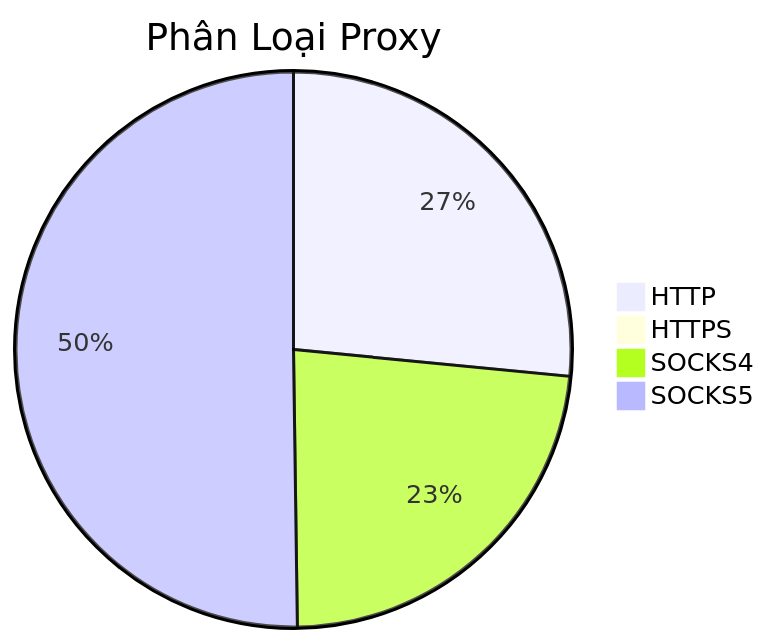
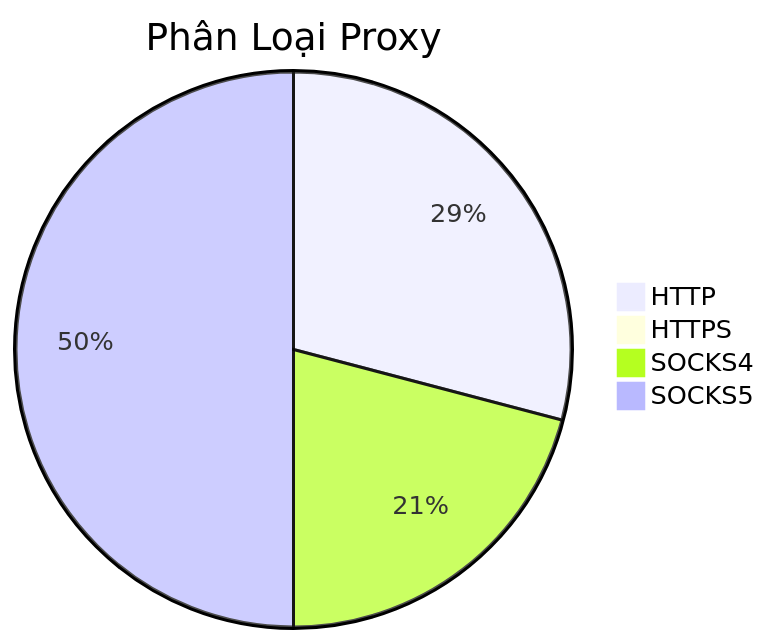
The diagram in README.md (Ciara-12/PROXY-free), drawn with Mermaid before and after one commit. The commit also changed other lines of this file and 4 other files, not shown here.

````diff
--- a/README.md
+++ b/README.md
@@ -26,7 +26,7 @@
 ```mermaid
 pie title Phân Loại Proxy
-    "HTTP" : 417
-    "HTTPS" : 1
-    "SOCKS4" : 365
-    "SOCKS5" : 789
+    "HTTP" : 384
+    "HTTPS" : 3
+    "SOCKS4" : 276
+    "SOCKS5" : 660
 ```
````
